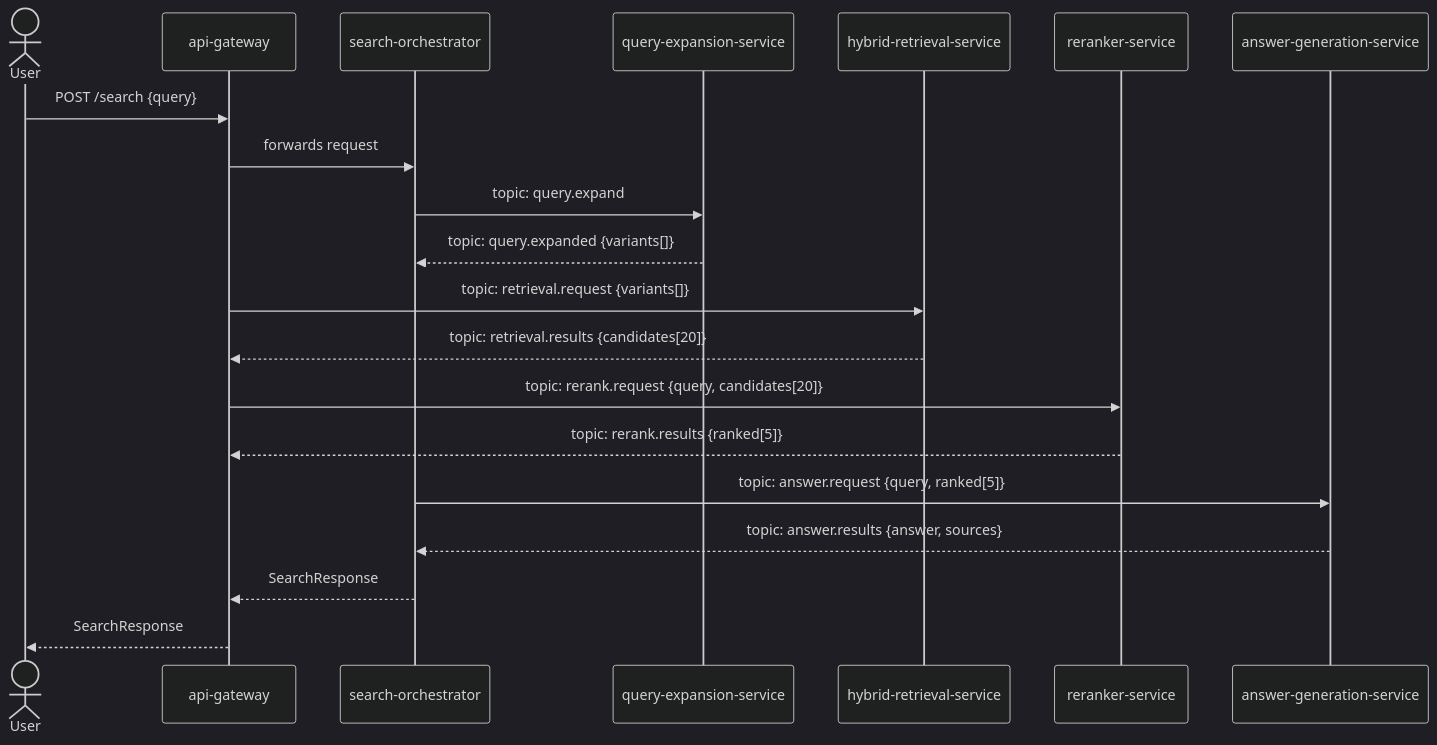
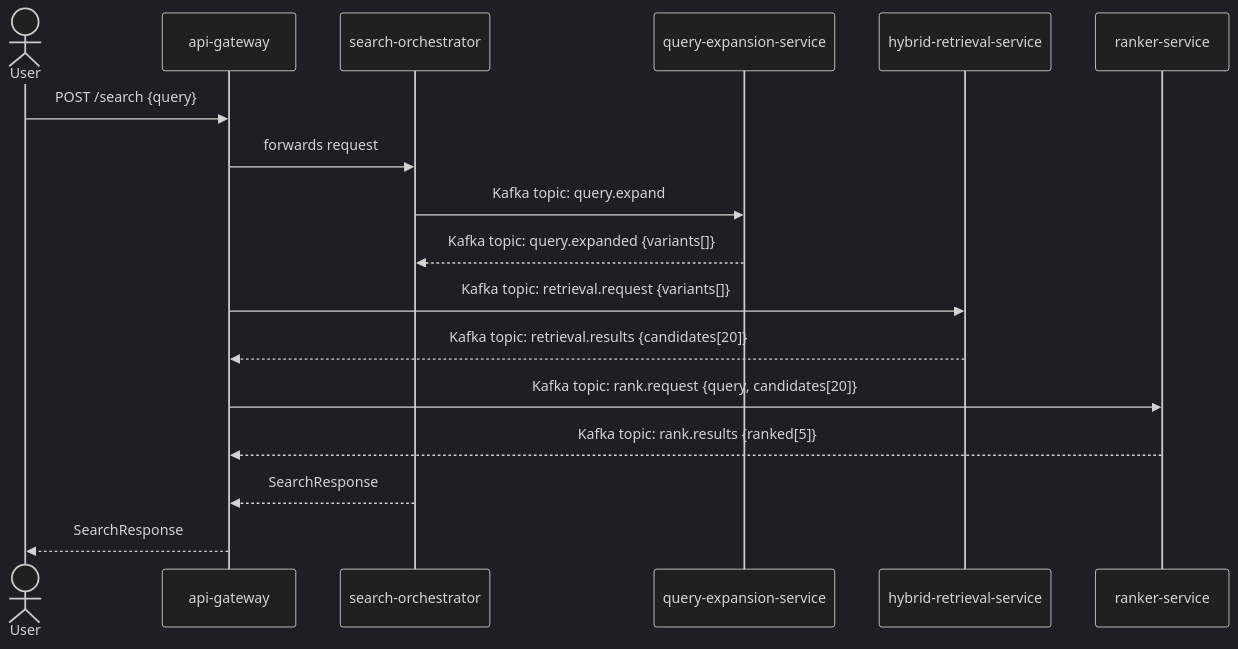
Before and after one commit to Peqchji/spring-ai-search-engine: the second of 2 diagrams in README.md, drawn with Mermaid (dark theme). The commit also changed other lines of this file and 9 other files, not shown here.

First line of the commit message:
docs: Refactor architecture to LTR AI Search Engine

````diff
--- a/README.md
+++ b/README.md
@@ -79,28 +74,24 @@
 ```mermaid
 sequenceDiagram
     actor User
     participant GW as api-gateway
     participant ORCH as search-orchestrator
     participant QE as query-expansion-service
     participant HR as hybrid-retrieval-service
-    participant RR as reranker-service
-    participant AG as answer-generation-service
+    participant RANK as ranker-service
 
     User->>GW: POST /search {query}
     GW->>ORCH: forwards request
 
-    ORCH->>QE: topic: query.expand
-    QE-->>ORCH: topic: query.expanded {variants[]}
+    ORCH->>QE: Kafka topic: query.expand
+    QE-->>ORCH: Kafka topic: query.expanded {variants[]}
 
-    GW->>HR: topic: retrieval.request {variants[]}
-    HR-->>GW: topic: retrieval.results {candidates[20]}
+    GW->>HR: Kafka topic: retrieval.request {variants[]}
+    HR-->>GW: Kafka topic: retrieval.results {candidates[20]}
 
-    GW->>RR: topic: rerank.request {query, candidates[20]}
-    RR-->>GW: topic: rerank.results {ranked[5]}
-
-    ORCH->>AG: topic: answer.request {query, ranked[5]}
-    AG-->>ORCH: topic: answer.results {answer, sources}
+    GW->>RANK: Kafka topic: rank.request {query, candidates[20]}
+    RANK-->>GW: Kafka topic: rank.results {ranked[5]}
 
     ORCH-->>GW: SearchResponse
     GW-->>User: SearchResponse
 ```
````
